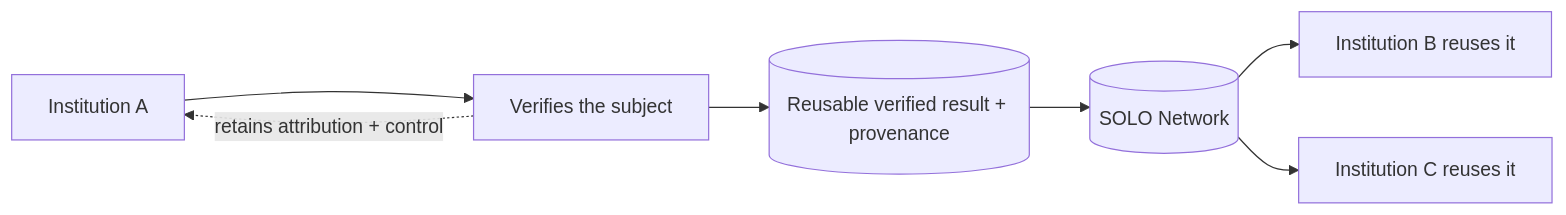
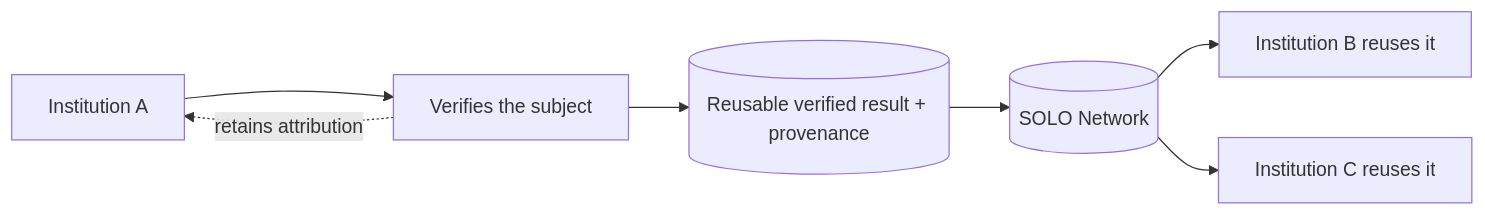
Before and after one commit to solo-finance/docs: the second of 2 diagrams in home/why-solo.mdx, drawn with Mermaid. The commit also changed other lines of this file and 190 other files, not shown here.

````diff
--- a/home/why-solo.mdx
+++ b/home/why-solo.mdx
@@ -30,9 +30,9 @@
 ```mermaid
 flowchart LR
     A["Institution A"] --> Verify["Verifies the subject"]
     Verify --> Result[("Reusable verified result + provenance")]
     Result --> Network[(SOLO Network)]
     Network --> B["Institution B reuses it"]
     Network --> C["Institution C reuses it"]
-    Verify -.retains attribution + control.-> A
+    Verify -.retains attribution.-> A
 ```
````
